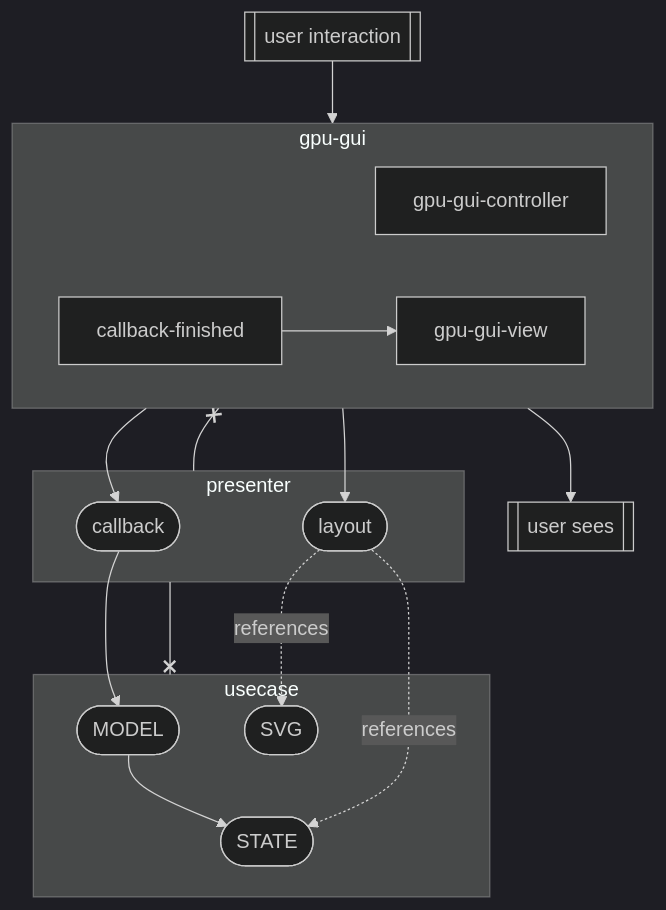
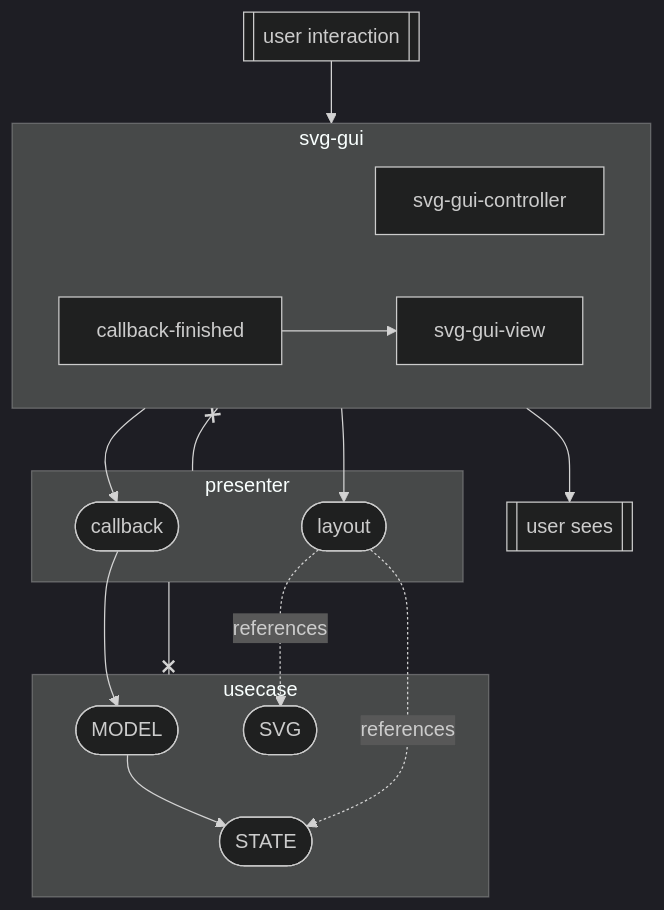
Before and after one commit to Cactice/svg-guppies: the diagram in README.md, drawn with Mermaid (dark theme). The commit also changed other lines of this file and 8 other files, not shown here.

Commit message:
rename gpu-gui to svg-gui

````diff
--- a/README.md
+++ b/README.md
@@ -40,26 +40,26 @@
 ```mermaid
 flowchart TB;
     subgraph presenter
         callback([callback]);
         layout([layout]);
     end
     subgraph usecase
         callback --> MODEL;
         %% observer -. references .-> STATE;
         MODEL([MODEL])-->STATE([STATE]);
         layout -.references.->SVG([SVG])
         layout -.references.-> STATE;
     end
-    subgraph gpu-gui
+    subgraph svg-gui
     direction LR
-        %%   gpu-gui-controller--await-effects-->gpu-gui-view;
-          gpu-gui-controller-->callback;
-          callback-finished-->gpu-gui-view
-          gpu-gui-view --> layout;
+        %%   svg-gui-controller--await-effects-->svg-gui-view;
+          svg-gui-controller-->callback;
+          callback-finished-->svg-gui-view
+          svg-gui-view --> layout;
     end
-    presenter --x gpu-gui
+    presenter --x svg-gui
     presenter --x usecase
-    user_uses[[user interaction]]-->gpu-gui-controller;
-    gpu-gui-view-->user_sees[[user sees]];
+    user_uses[[user interaction]]-->svg-gui-controller;
+    svg-gui-view-->user_sees[[user sees]];
 
 ```
````
